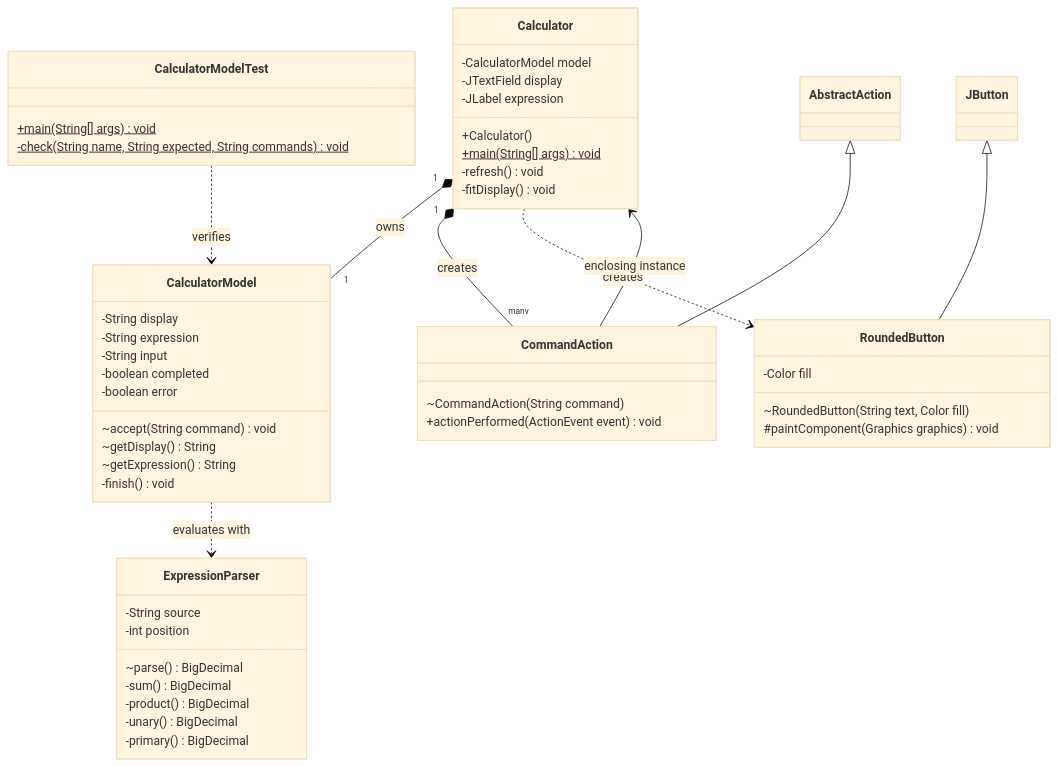
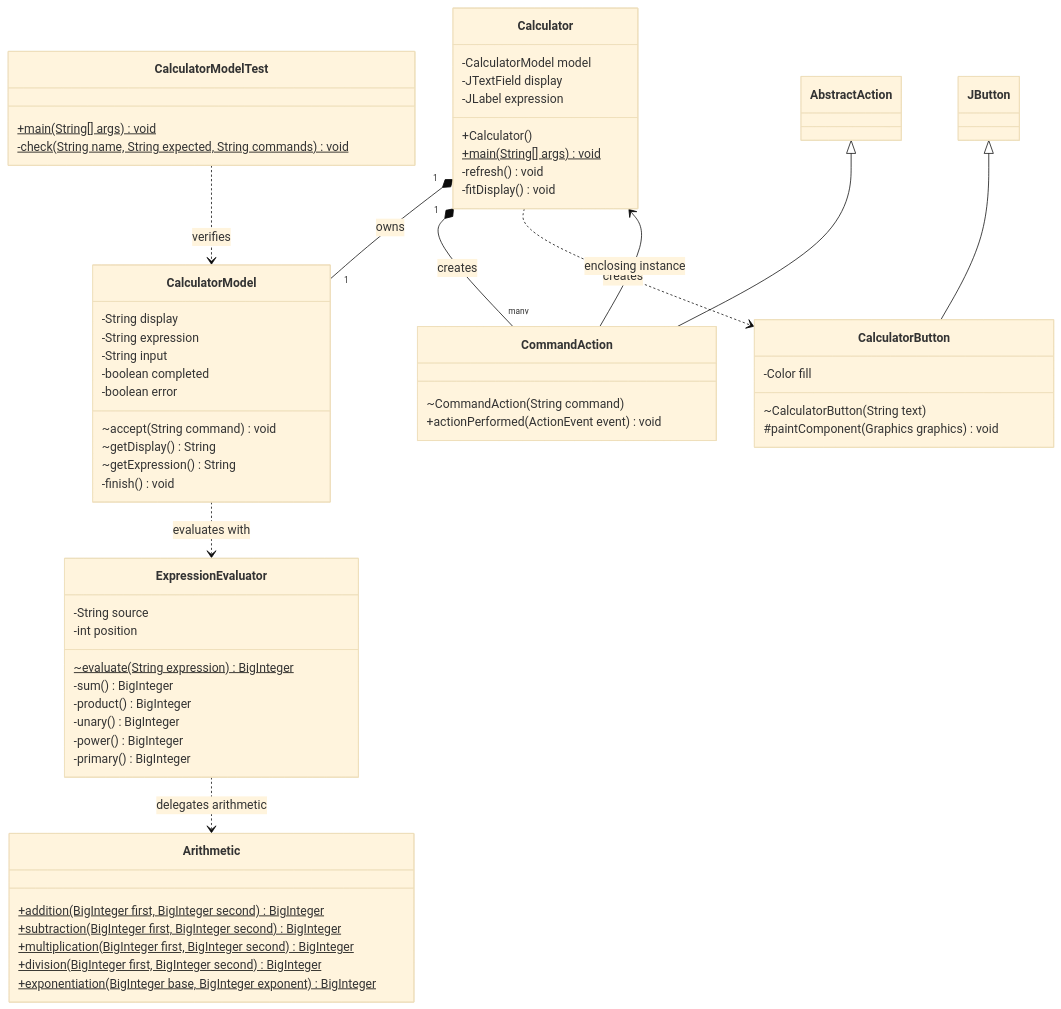
The second of 3 diagrams in README.md (danielTongu/Calculator-Java-App), drawn with Mermaid (base theme) before and after one commit. The commit also changed other lines of this file and 6 other files, not shown here.

Commit message:
Corrected the spelling, removed duplicated styling and expression state, fixed stale values after backspace, and updated the README/UML.

````diff
--- a/README.md
+++ b/README.md
@@ -92,56 +103,65 @@
 ```mermaid
 classDiagram
     direction TB
     class Calculator {
         -CalculatorModel model
         -JTextField display
         -JLabel expression
         +Calculator()
         +main(String[] args)$ void
         -refresh() void
         -fitDisplay() void
     }
     class CalculatorModel {
         -String display
         -String expression
         -String input
         -boolean completed
         -boolean error
         ~accept(String command) void
         ~getDisplay() String
         ~getExpression() String
         -finish() void
     }
     class CommandAction {
         ~CommandAction(String command)
         +actionPerformed(ActionEvent event) void
     }
-    class RoundedButton {
+    class CalculatorButton {
         -Color fill
-        ~RoundedButton(String text, Color fill)
+        ~CalculatorButton(String text)
         #paintComponent(Graphics graphics) void
     }
     class CalculatorModelTest {
         +main(String[] args)$ void
         -check(String name, String expected, String commands)$ void
     }
-    class ExpressionParser {
+    class ExpressionEvaluator {
         -String source
         -int position
-        ~parse() BigDecimal
-        -sum() BigDecimal
-        -product() BigDecimal
-        -unary() BigDecimal
-        -primary() BigDecimal
+        ~evaluate(String expression)$ BigInteger
+        -sum() BigInteger
+        -product() BigInteger
+        -unary() BigInteger
+        -power() BigInteger
+        -primary() BigInteger
     }
-    CalculatorModel ..> ExpressionParser : evaluates with
+    class Arithmetic {
+        +addition(BigInteger first, BigInteger second)$ BigInteger
+        +subtraction(BigInteger first, BigInteger second)$ BigInteger
+        +multiplication(BigInteger first, BigInteger second)$ BigInteger
+        +division(BigInteger first, BigInteger second)$ BigInteger
+        +exponentiation(BigInteger base, BigInteger exponent)$ BigInteger
+    }
+    ExpressionEvaluator ..> Arithmetic : delegates arithmetic
+    CalculatorModel ..> ExpressionEvaluator : evaluates with
     class AbstractAction
     class JButton
     Calculator "1" *-- "1" CalculatorModel : owns
     Calculator "1" *-- "many" CommandAction : creates
-    Calculator ..> RoundedButton : creates
+    Calculator ..> CalculatorButton : creates
     AbstractAction <|-- CommandAction
-    JButton <|-- RoundedButton
+    JButton <|-- CalculatorButton
     CommandAction --> Calculator : enclosing instance
     CalculatorModelTest ..> CalculatorModel : verifies
 ```
````
